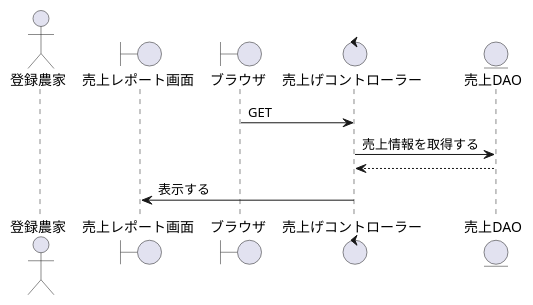
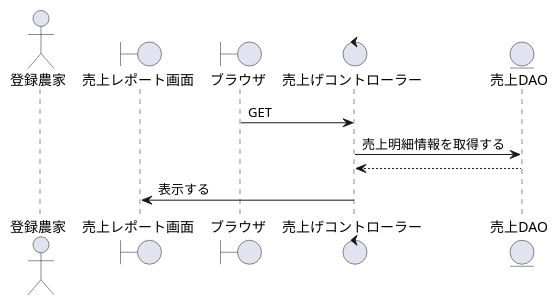
Before and after one commit to SK-B-S/PJ: the diagram in PJ_シーケンス/農家/売上レポート.wsd, drawn with PlantUML. The commit also changed 27 other files, not shown here.

```diff
--- a/PJ_シーケンス/農家/売上レポート.wsd
+++ b/PJ_シーケンス/農家/売上レポート.wsd
@@ -1,16 +1,16 @@
 @startuml 売上レポート表示
 
 actor    "登録農家" as act
 boundary "売上レポート画面" as Mypage
 boundary "ブラウザ" as brz
 control  "売上げコントローラー" as Acquisition_c
 entity   "売上DAO" as Farmer_DAO
 
 '-------------------------------------------------------------------------------------------
 
 brz -> Acquisition_c : GET
-Acquisition_c -> Farmer_DAO : 売上情報を取得する
+Acquisition_c -> Farmer_DAO : 売上明細情報を取得する
 Acquisition_c <-- Farmer_DAO
 Mypage <- Acquisition_c : 表示する
 
 @enduml
```
